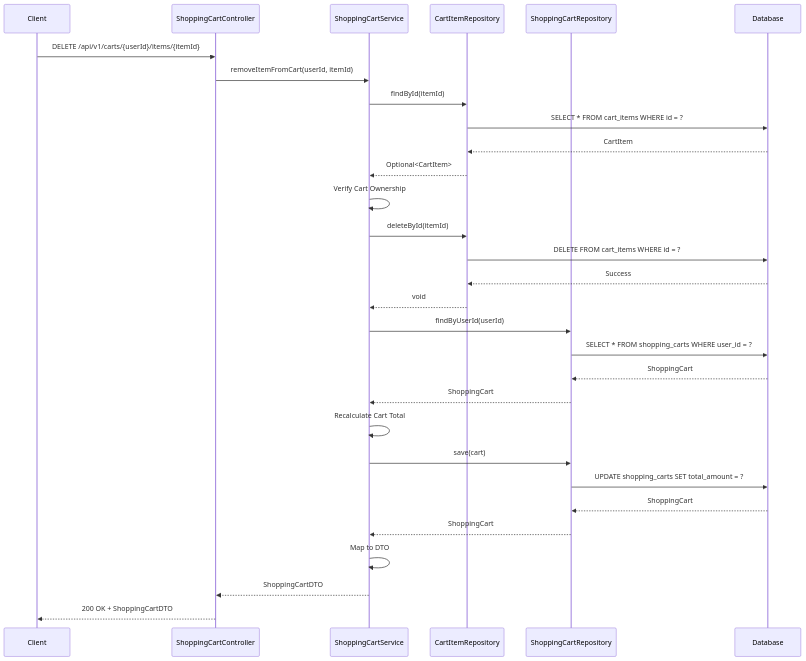
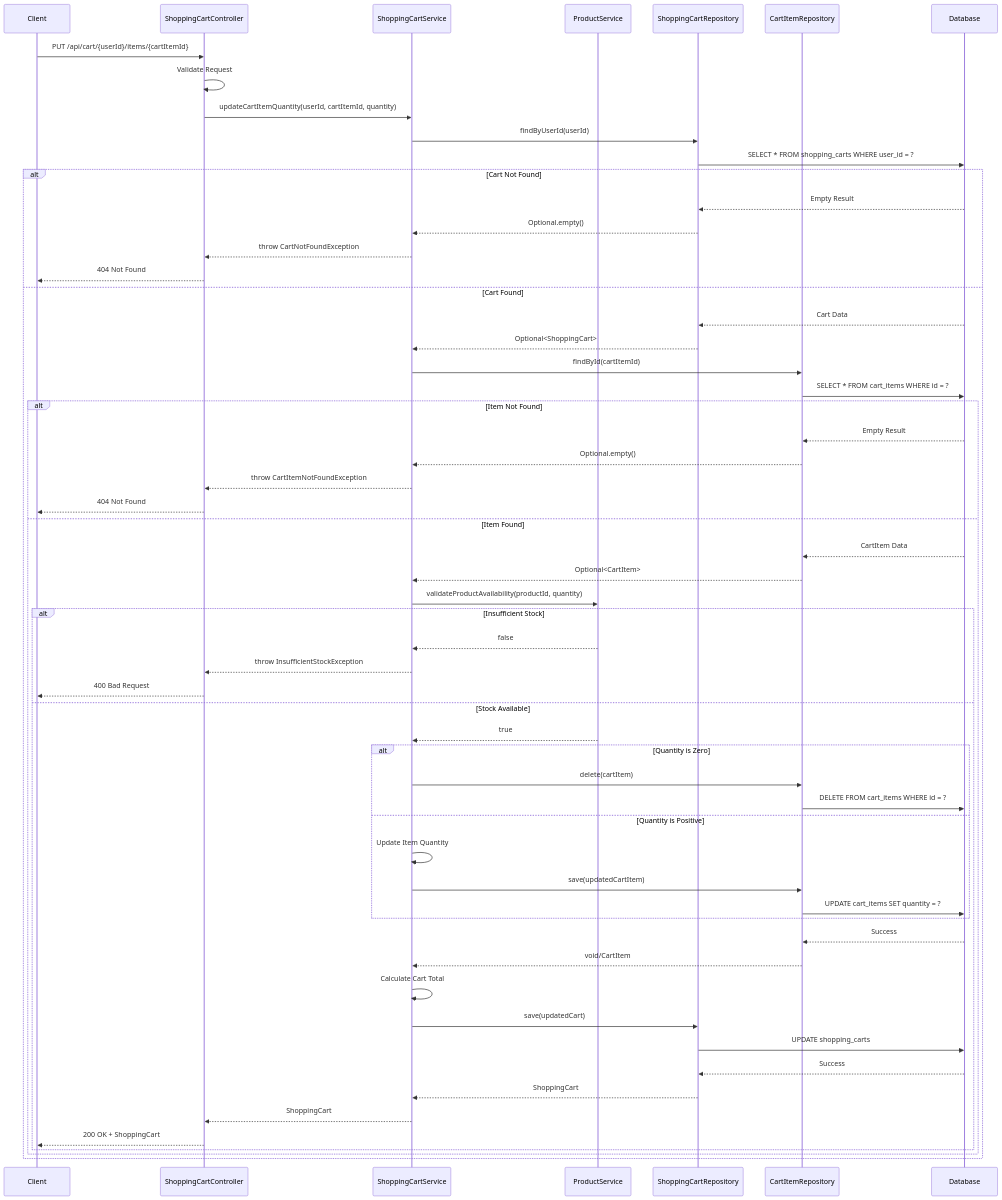
One commit to NavneetBN47/aava-ecom-demo changed diagram 18 of 26 in docs/LLD/modified_lld.md. Above: the diagram before and after it, drawn with Mermaid. The commit also changed other lines of this file, not shown here.

````diff
--- a/docs/LLD/modified_lld.md
+++ b/docs/LLD/modified_lld.md
@@ -1170,33 +1657,69 @@
 ```mermaid
 sequenceDiagram
     participant Client
-    participant Controller as ShoppingCartController
-    participant CartService as ShoppingCartService
-    participant ItemRepo as CartItemRepository
-    participant CartRepo as ShoppingCartRepository
-    participant DB as Database
+    participant ShoppingCartController
+    participant ShoppingCartService
+    participant ProductService
+    participant ShoppingCartRepository
+    participant CartItemRepository
+    participant Database
     
-    Client->>Controller: DELETE /api/v1/carts/{userId}/items/{itemId}
-    Controller->>CartService: removeItemFromCart(userId, itemId)
-    CartService->>ItemRepo: findById(itemId)
-    ItemRepo->>DB: SELECT * FROM cart_items WHERE id = ?
-    DB-->>ItemRepo: CartItem
-    ItemRepo-->>CartService: Optional<CartItem>
-    CartService->>CartService: Verify Cart Ownership
-    CartService->>ItemRepo: deleteById(itemId)
-    ItemRepo->>DB: DELETE FROM cart_items WHERE id = ?
-    DB-->>ItemRepo: Success
-    ItemRepo-->>CartService: void
-    CartService->>CartRepo: findByUserId(userId)
-    CartRepo->>DB: SELECT * FROM shopping_carts WHERE user_id = ?
-    DB-->>CartRepo: ShoppingCart
-    CartRepo-->>CartService: ShoppingCart
-    CartService->>CartService: Recalculate Cart Total
-    CartService->>CartRepo: save(cart)
-    CartRepo->>DB: UPDATE shopping_carts SET total_amount = ?
-    DB-->>CartRepo: ShoppingCart
-    CartRepo-->>CartService: ShoppingCart
-    CartService->>CartService: Map to DTO
-    CartService-->>Controller: ShoppingCartDTO
-    Controller-->>Client: 200 OK + ShoppingCartDTO
+    Client->>ShoppingCartController: PUT /api/cart/{userId}/items/{cartItemId}
+    ShoppingCartController->>ShoppingCartController: Validate Request
+    ShoppingCartController->>ShoppingCartService: updateCartItemQuantity(userId, cartItemId, quantity)
+    
+    ShoppingCartService->>ShoppingCartRepository: findByUserId(userId)
+    ShoppingCartRepository->>Database: SELECT * FROM shopping_carts WHERE user_id = ?
+    
+    alt Cart Not Found
+        Database-->>ShoppingCartRepository: Empty Result
+        ShoppingCartRepository-->>ShoppingCartService: Optional.empty()
+        ShoppingCartService-->>ShoppingCartController: throw CartNotFoundException
+        ShoppingCartController-->>Client: 404 Not Found
+    else Cart Found
+        Database-->>ShoppingCartRepository: Cart Data
+        ShoppingCartRepository-->>ShoppingCartService: Optional<ShoppingCart>
+        
+        ShoppingCartService->>CartItemRepository: findById(cartItemId)
+        CartItemRepository->>Database: SELECT * FROM cart_items WHERE id = ?
+        
+        alt Item Not Found
+            Database-->>CartItemRepository: Empty Result
+            CartItemRepository-->>ShoppingCartService: Optional.empty()
+            ShoppingCartService-->>ShoppingCartController: throw CartItemNotFoundException
+            ShoppingCartController-->>Client: 404 Not Found
+        else Item Found
+            Database-->>CartItemRepository: CartItem Data
+            CartItemRepository-->>ShoppingCartService: Optional<CartItem>
+            
+            ShoppingCartService->>ProductService: validateProductAvailability(productId, quantity)
+            
+            alt Insufficient Stock
+                ProductService-->>ShoppingCartService: false
+                ShoppingCartService-->>ShoppingCartController: throw InsufficientStockException
+                ShoppingCartController-->>Client: 400 Bad Request
+            else Stock Available
+                ProductService-->>ShoppingCartService: true
+                
+                alt Quantity is Zero
+                    ShoppingCartService->>CartItemRepository: delete(cartItem)
+                    CartItemRepository->>Database: DELETE FROM cart_items WHERE id = ?
+                else Quantity is Positive
+                    ShoppingCartService->>ShoppingCartService: Update Item Quantity
+                    ShoppingCartService->>CartItemRepository: save(updatedCartItem)
+                    CartItemRepository->>Database: UPDATE cart_items SET quantity = ?
+                end
+                
+                Database-->>CartItemRepository: Success
+                CartItemRepository-->>ShoppingCartService: void/CartItem
+                ShoppingCartService->>ShoppingCartService: Calculate Cart Total
+                ShoppingCartService->>ShoppingCartRepository: save(updatedCart)
+                ShoppingCartRepository->>Database: UPDATE shopping_carts
+                Database-->>ShoppingCartRepository: Success
+                ShoppingCartRepository-->>ShoppingCartService: ShoppingCart
+                ShoppingCartService-->>ShoppingCartController: ShoppingCart
+                ShoppingCartController-->>Client: 200 OK + ShoppingCart
+            end
+        end
+    end
 ```
````
